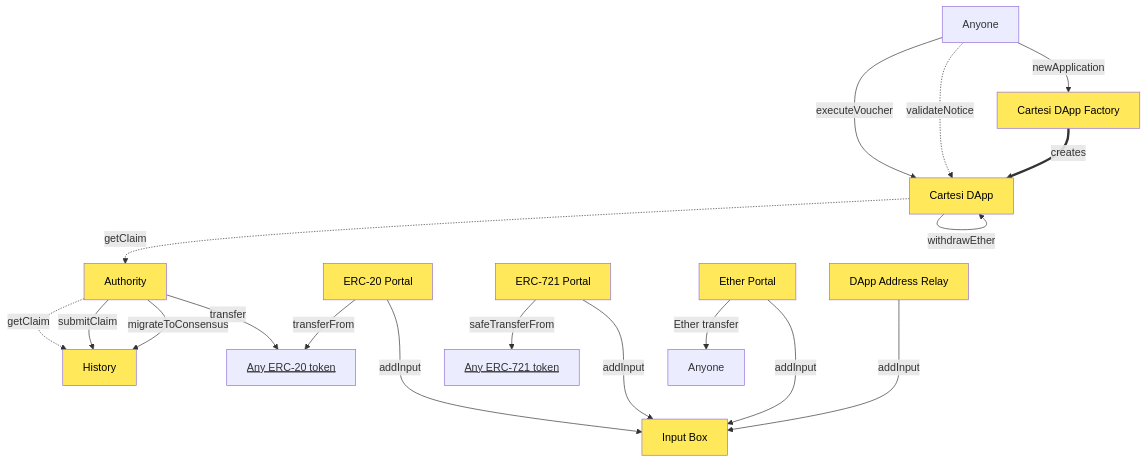
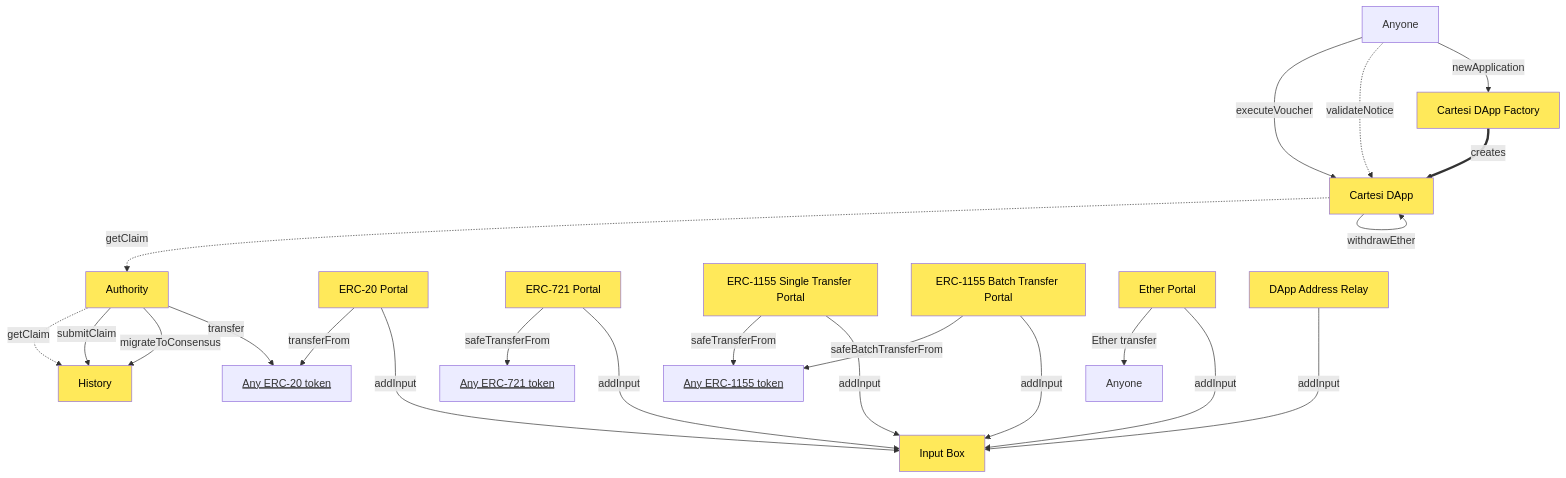
One commit to dapp-dragonxmlp09/rollups-contracts changed the diagram in README.md. Above: the diagram before and after it, drawn with Mermaid. The commit also changed other lines of this file, not shown here.

Commit message:
docs(readme): ERC-1155 tokens

````diff
--- a/README.md
+++ b/README.md
@@ -23,36 +23,47 @@
 ```mermaid
 graph TD
     classDef core fill:#ffe95a,color:#000
     classDef hasLink text-decoration: underline
 
     InputBox[Input Box]:::core
     CartesiDApp[Cartesi DApp]:::core
     CartesiDAppFactory[Cartesi DApp Factory]:::core
     Authority:::core
     History:::core
     ERC20Portal[ERC-20 Portal]:::core
     ERC721Portal[ERC-721 Portal]:::core
+    ERC1155SinglePortal[ERC-1155 Single Transfer Portal]:::core
+    ERC1155BatchPortal[ERC-1155 Batch Transfer Portal]:::core
     EtherPortal[Ether Portal]:::core
     DAppAddressRelay[DApp Address Relay]:::core
+
+    ERC20[Any ERC-20 token]:::hasLink
+    ERC721[Any ERC-721 token]:::hasLink
+    ERC1155[Any ERC-1155 token]:::hasLink
 
     Anyone1[Anyone] -- executeVoucher --> CartesiDApp
     Anyone1 -. validateNotice .-> CartesiDApp
     Anyone1 -- newApplication --> CartesiDAppFactory
     CartesiDApp -. getClaim .-> Authority
     CartesiDApp -- withdrawEther --> CartesiDApp
     CartesiDAppFactory == creates ==> CartesiDApp
     Authority -. getClaim .-> History
     Authority -- submitClaim --> History
     Authority -- migrateToConsensus --> History
     Authority -- transfer --> ERC20
-    ERC20Portal -- transferFrom --> ERC20[Any ERC-20 token]:::hasLink
+    ERC20Portal -- transferFrom --> ERC20
     ERC20Portal -- addInput ---> InputBox
-    ERC721Portal -- safeTransferFrom --> ERC721[Any ERC-721 token]:::hasLink
+    ERC721Portal -- safeTransferFrom --> ERC721
     ERC721Portal -- addInput ---> InputBox
+    ERC1155SinglePortal -- safeTransferFrom --> ERC1155
+    ERC1155SinglePortal -- addInput ---> InputBox
+    ERC1155BatchPortal -- safeBatchTransferFrom --> ERC1155
+    ERC1155BatchPortal -- addInput ---> InputBox
     EtherPortal -- "Ether transfer" --> Anyone
     EtherPortal -- addInput ---> InputBox
     DAppAddressRelay -- addInput ---> InputBox
 
     click ERC20 href "https://eips.ethereum.org/EIPS/eip-20"
     click ERC721 href "https://eips.ethereum.org/EIPS/eip-721"
+    click ERC1155 href "https://eips.ethereum.org/EIPS/eip-1155"
 ```
````
